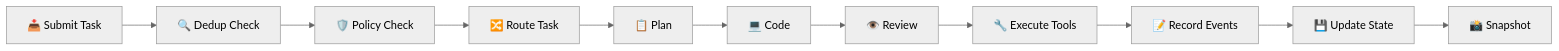
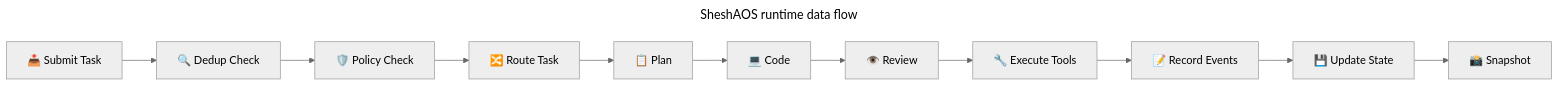
The second of 4 diagrams in README.md (gaganjainse/SheshAOS), drawn with Mermaid (neutral theme) before and after one commit. The commit also changed other lines of this file, not shown here.

Commit message:
docs: modernize README — accurate facts, badges, current stack, updated architecture diagram

````diff
--- a/README.md
+++ b/README.md
@@ -294,13 +114,16 @@
 ```mermaid
+---
+title: SheshAOS runtime data flow
+---
 graph LR
     A["📥 Submit Task"] --> B["🔍 Dedup Check"]
     B --> C["🛡️ Policy Check"]
     C --> D["🔀 Route Task"]
     D --> E["📋 Plan"]
     E --> F["💻 Code"]
     F --> G["👁️ Review"]
     G --> H["🔧 Execute Tools"]
     H --> I["📝 Record Events"]
     I --> J["💾 Update State"]
     J --> K["📸 Snapshot"]
 ```
````
